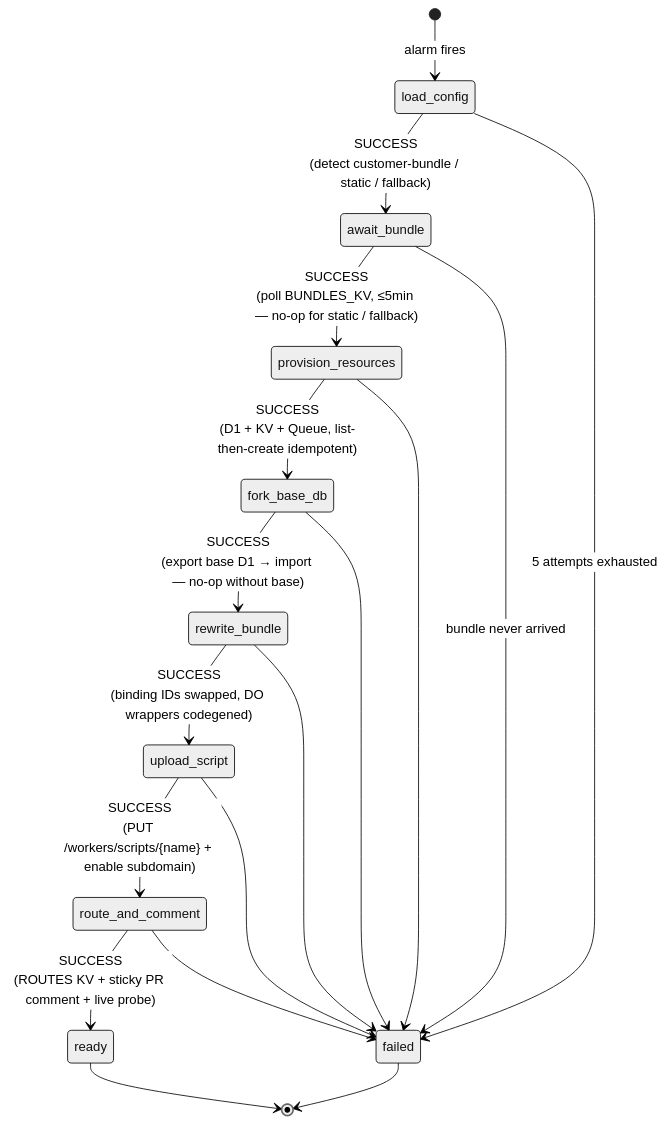
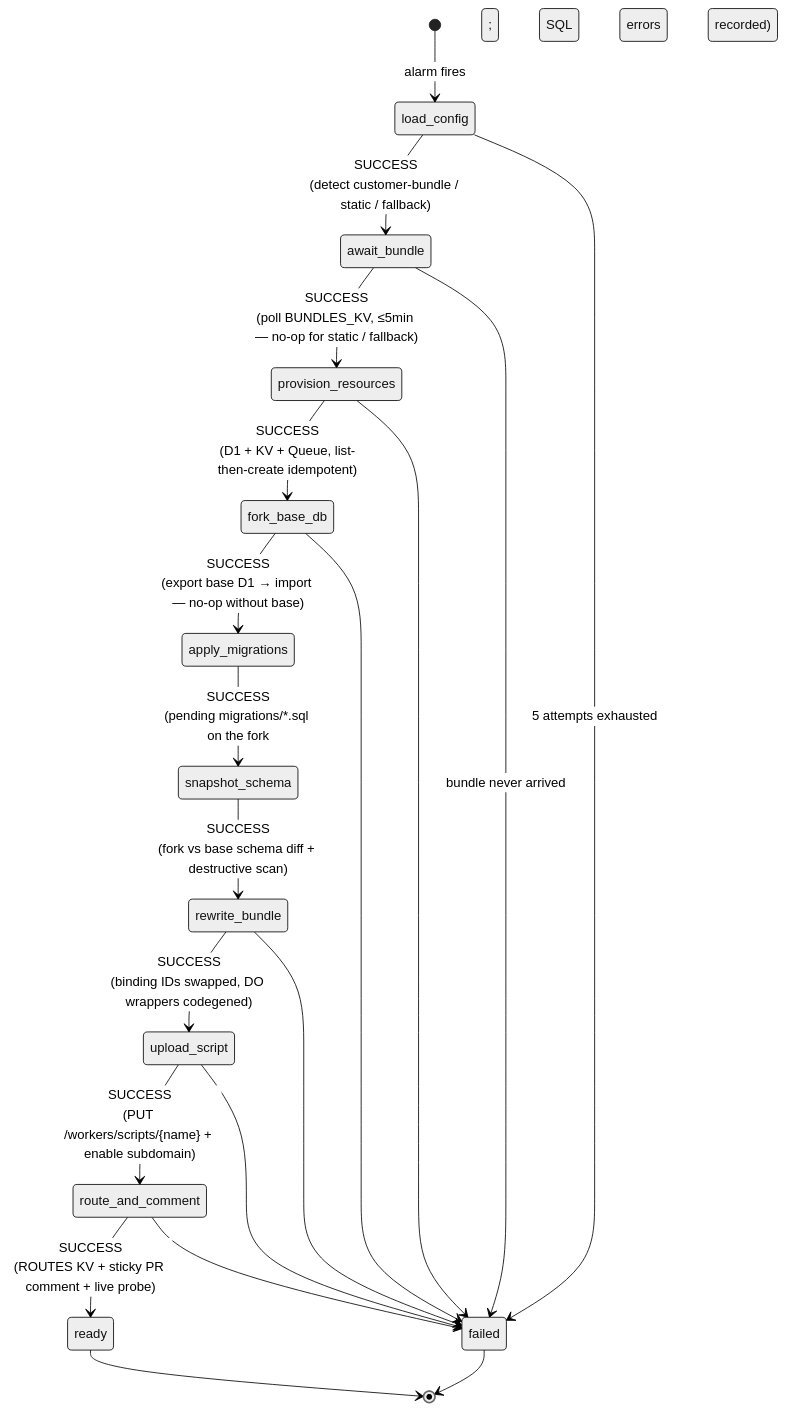
Before and after one commit to Adi-gitX/Rift: the second of 3 diagrams in SUBMISSION.md, drawn with Mermaid (neutral theme). The commit also changed other lines of this file and 102 other files, not shown here.

````diff
--- a/SUBMISSION.md
+++ b/SUBMISSION.md
@@ -111,21 +111,23 @@
 ```mermaid
 stateDiagram-v2
   [*] --> load_config: alarm fires
   load_config --> await_bundle: SUCCESS<br/>(detect customer-bundle / static / fallback)
   await_bundle --> provision_resources: SUCCESS<br/>(poll BUNDLES_KV, ≤5min — no-op for static / fallback)
   provision_resources --> fork_base_db: SUCCESS<br/>(D1 + KV + Queue, list-then-create idempotent)
-  fork_base_db --> rewrite_bundle: SUCCESS<br/>(export base D1 → import — no-op without base)
+  fork_base_db --> apply_migrations: SUCCESS<br/>(export base D1 → import — no-op without base)
+  apply_migrations --> snapshot_schema: SUCCESS<br/>(pending migrations/*.sql on the fork; SQL errors recorded)
+  snapshot_schema --> rewrite_bundle: SUCCESS<br/>(fork vs base schema diff + destructive scan)
   rewrite_bundle --> upload_script: SUCCESS<br/>(binding IDs swapped, DO wrappers codegened)
   upload_script --> route_and_comment: SUCCESS<br/>(PUT /workers/scripts/{name} + enable subdomain)
   route_and_comment --> ready: SUCCESS<br/>(ROUTES KV + sticky PR comment + live probe)
   ready --> [*]
 
   load_config --> failed: 5 attempts exhausted
   await_bundle --> failed: bundle never arrived
   provision_resources --> failed
   fork_base_db --> failed
   rewrite_bundle --> failed
   upload_script --> failed
   route_and_comment --> failed
   failed --> [*]
 ```
````
